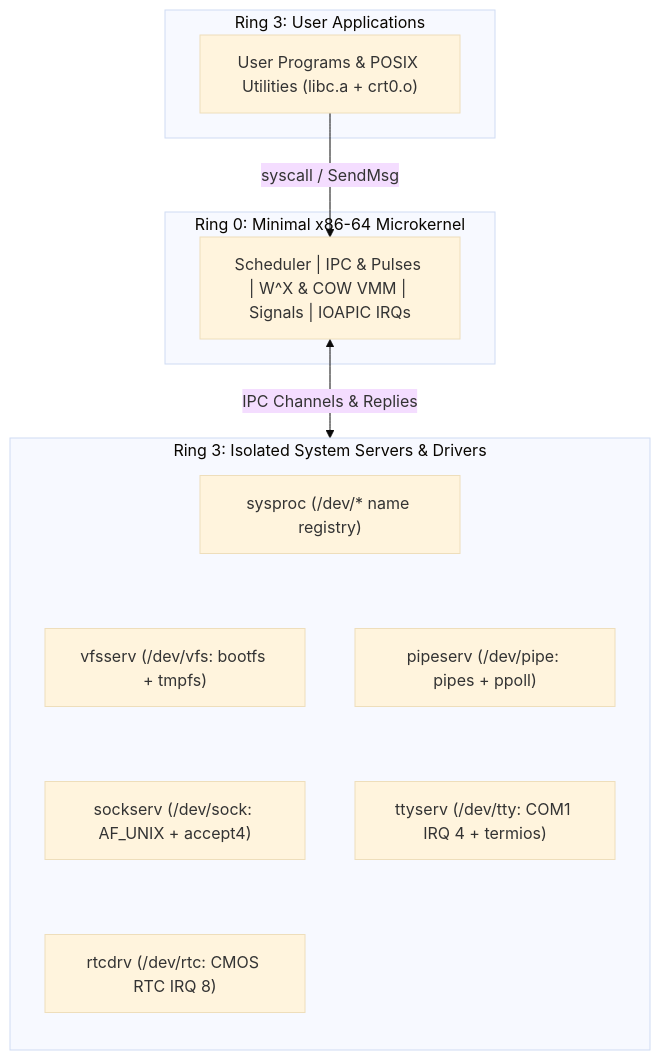
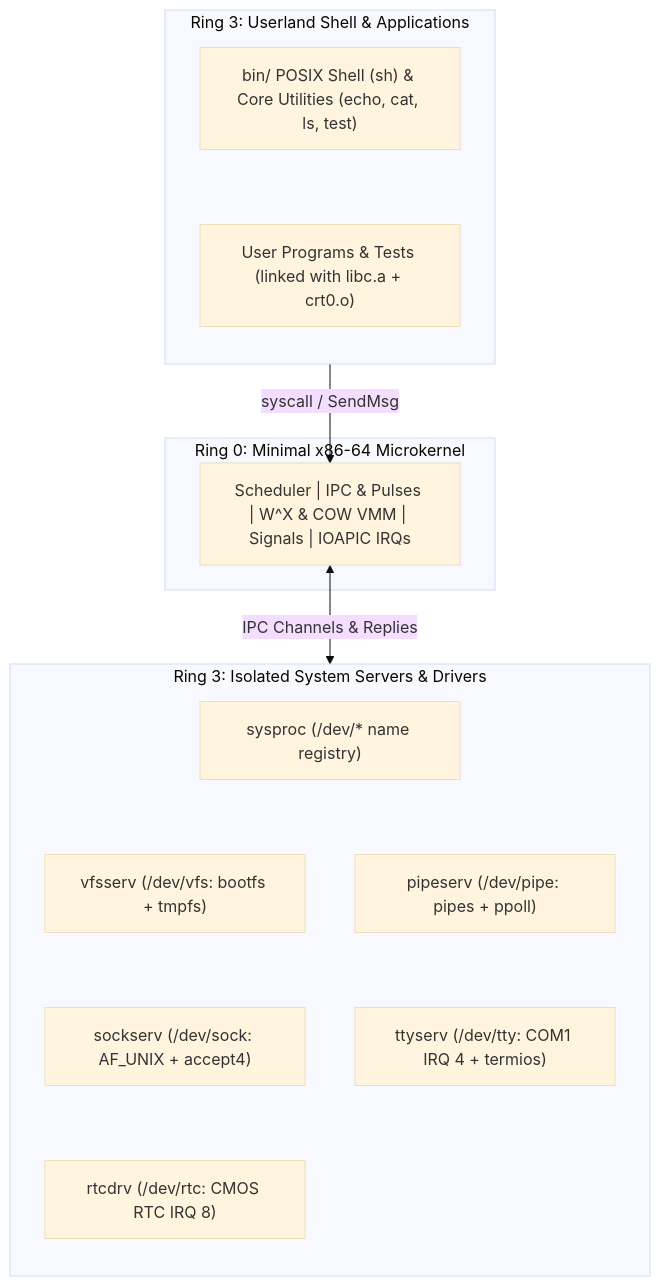
Before and after one commit to Deniz-Eren/microkernel: the second of 2 diagrams in README.md, drawn with Mermaid (base theme). The commit also changed other lines of this file and 26 other files, not shown here.

First line of the commit message:
feat(bin): add Ring 3 POSIX.1-2024 XCU shell (sh) and core utilities

````diff
--- a/README.md
+++ b/README.md
@@ -162,28 +162,31 @@
 ```mermaid
 flowchart TD
-    subgraph R3_APP["Ring 3: User Applications"]
-        APP["User Programs & POSIX Utilities (libc.a + crt0.o)"]
+    subgraph R3_APP["Ring 3: Userland Shell & Applications"]
+        direction TB
+        SH["bin/ POSIX Shell (sh) & Core Utilities (echo, cat, ls, test)"]
+        APP["User Programs & Tests (linked with libc.a + crt0.o)"]
+        SH ~~~ APP
     end
 
     subgraph R3_SRV["Ring 3: Isolated System Servers & Drivers"]
         direction TB
         SYSPROC["sysproc (/dev/* name registry)"]
         VFS["vfsserv (/dev/vfs: bootfs + tmpfs)"]
         PIPE["pipeserv (/dev/pipe: pipes + ppoll)"]
         SOCK["sockserv (/dev/sock: AF_UNIX + accept4)"]
         TTY["ttyserv (/dev/tty: COM1 IRQ 4 + termios)"]
         RTC["rtcdrv (/dev/rtc: CMOS RTC IRQ 8)"]
         SYSPROC ~~~ VFS
         SYSPROC ~~~ PIPE
         VFS ~~~ SOCK
         PIPE ~~~ TTY
         SOCK ~~~ RTC
     end
 
     subgraph R0["Ring 0: Minimal x86-64 Microkernel"]
         K["Scheduler | IPC & Pulses | W^X & COW VMM | Signals | IOAPIC IRQs"]
     end
 
-    APP -->|"syscall / SendMsg"| K
+    R3_APP -->|"syscall / SendMsg"| K
     K <-->|"IPC Channels & Replies"| R3_SRV
 ```
````
